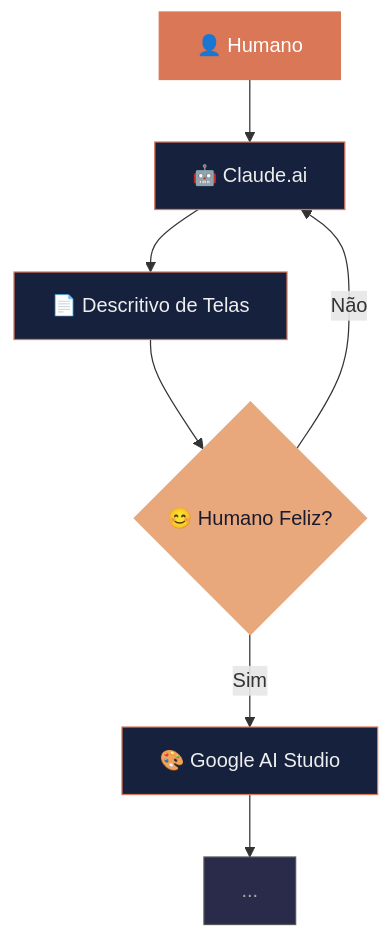
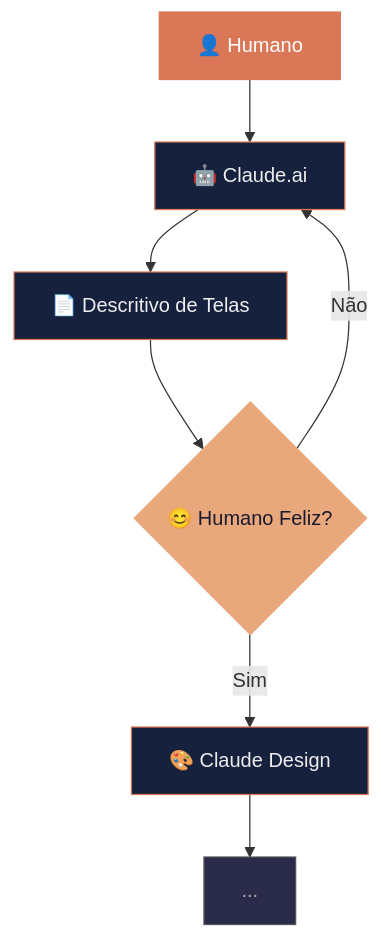
The diagram in docs/curso/claudecode/aula-02-stack-completa/apresentacao-aula-02.md (pandoapps/ticket), drawn with Mermaid before and after one commit. The commit also changed 52 other files, not shown here.

````diff
--- a/docs/curso/claudecode/aula-02-stack-completa/apresentacao-aula-02.md
+++ b/docs/curso/claudecode/aula-02-stack-completa/apresentacao-aula-02.md
@@ -32,16 +32,16 @@
 ```mermaid
 flowchart TD
     A["👤 Humano"] --> B["🤖 Claude.ai"]
     B --> C["📄 Descritivo de Telas"]
     C --> D{"😊 Humano Feliz?"}
     D -- Não --> B
-    D -- Sim --> E["🎨 Google AI Studio"]
+    D -- Sim --> E["🎨 Claude Design"]
     E --> F["..."]
 
     style A fill:#d97757,color:#fff,stroke:#d97757
     style B fill:#16213e,color:#eee,stroke:#d97757
     style C fill:#16213e,color:#eee,stroke:#d97757
     style D fill:#e8a87c,color:#1a1a2e,stroke:#e8a87c
     style E fill:#16213e,color:#eee,stroke:#d97757
     style F fill:#2a2a4a,color:#aaa,stroke:#555
 ```
````
